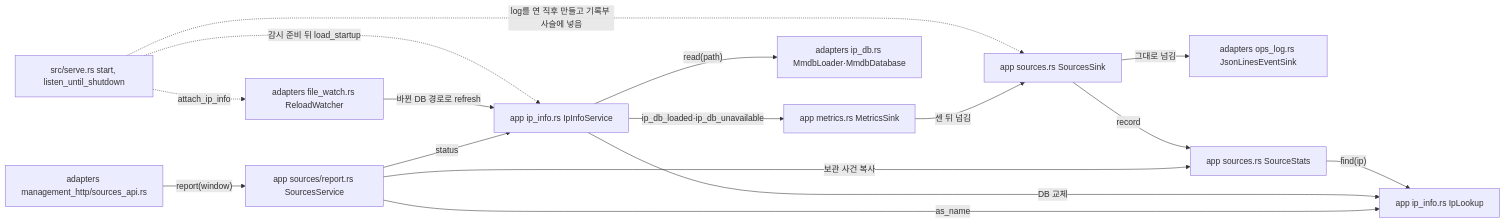
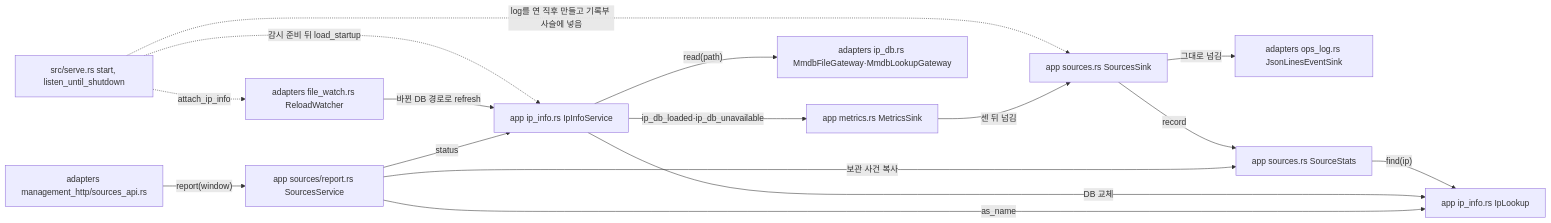
Before and after one commit to kayden-kim/vnc-relay: the diagram in docs/architectures/source-stats.md, drawn with Mermaid. The commit also changed other lines of this file and 59 other files, not shown here.

````diff
--- a/docs/architectures/source-stats.md
+++ b/docs/architectures/source-stats.md
@@ -42,30 +42,30 @@
 ```mermaid
 flowchart LR
     serve["src/serve.rs start, listen_until_shutdown"]
     msink["app metrics.rs MetricsSink"]
     ssink["app sources.rs SourcesSink"]
     log["adapters ops_log.rs JsonLinesEventSink"]
     stats["app sources.rs SourceStats"]
     report["app sources/report.rs SourcesService"]
     lookup["app ip_info.rs IpLookup"]
     info["app ip_info.rs IpInfoService"]
-    loader["adapters ip_db.rs MmdbLoader·MmdbDatabase"]
+    loader["adapters ip_db.rs MmdbFileGateway·MmdbLookupGateway"]
     watch["adapters file_watch.rs ReloadWatcher"]
     api["adapters management_http/sources_api.rs"]
 
     serve -.->|"log를 연 직후 만들고 기록부 사슬에 넣음"| ssink
     serve -.->|"감시 준비 뒤 load_startup"| info
     serve -.->|"attach_ip_info"| watch
     msink -->|"센 뒤 넘김"| ssink
     ssink -->|"record"| stats
     ssink -->|"그대로 넘김"| log
     stats -->|"find(ip)"| lookup
     info -->|"read(path)"| loader
     info -->|"DB 교체"| lookup
     info -->|"ip_db_loaded·ip_db_unavailable"| msink
     watch -->|"바뀐 DB 경로로 refresh"| info
     api -->|"report(window)"| report
     report -->|"보관 사건 복사"| stats
     report -->|"status"| info
     report -->|"as_name"| lookup
 ```
````
